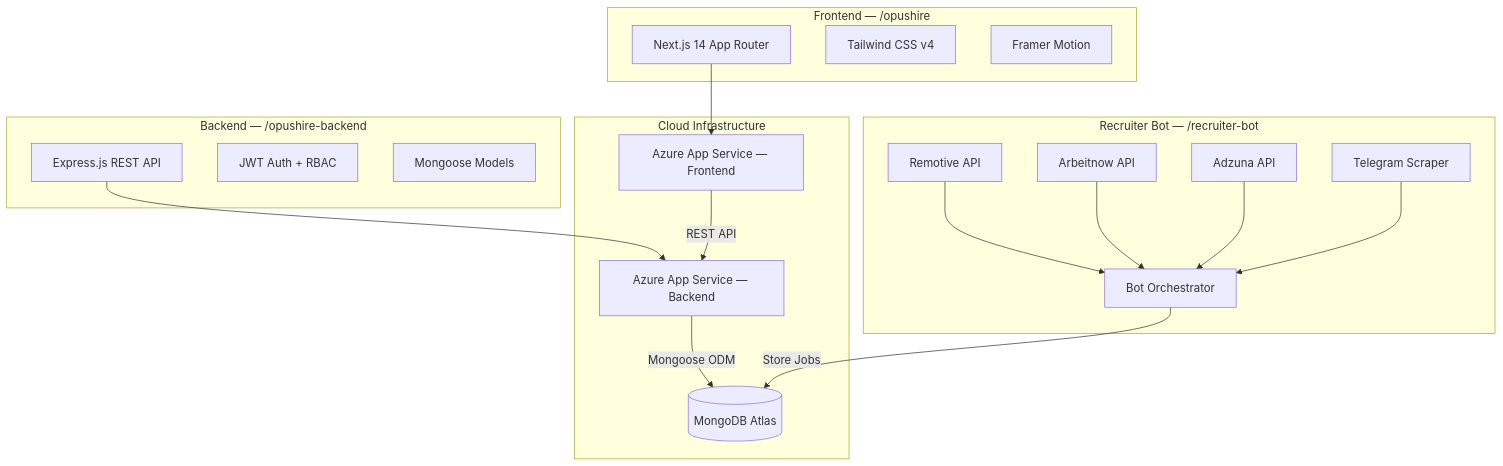
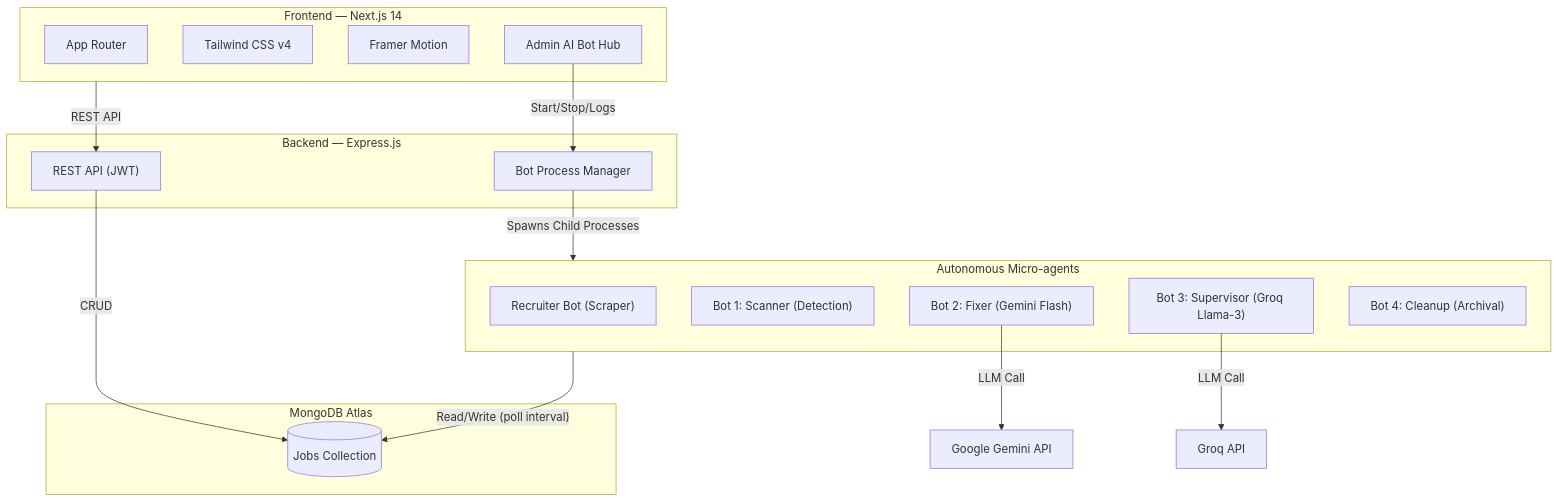
One commit to soumik2441139/hackathon changed the second of 2 diagrams in README.md. Above: the diagram before and after it, drawn with Mermaid. The commit also changed other lines of this file and 1 other file, not shown here.

First line of the commit message:
docs: update README and .gitignore with complete AI bot ecosystem architecture

````diff
--- a/README.md
+++ b/README.md
@@ -63,39 +70,35 @@
 ```mermaid
 graph TD
-    subgraph Frontend["Frontend — /opushire"]
-        NextJS["Next.js 14 App Router"]
+    subgraph Frontend["Frontend — Next.js 14"]
+        AppRouter["App Router"]
         TW["Tailwind CSS v4"]
         FM["Framer Motion"]
+        AdminDashboard["Admin AI Bot Hub"]
     end
 
-    subgraph Backend["Backend — /opushire-backend"]
-        Express["Express.js REST API"]
-        Auth["JWT Auth + RBAC"]
-        Models["Mongoose Models"]
+    subgraph Backend["Backend — Express.js"]
+        API["REST API (JWT)"]
+        BotSpawner["Bot Process Manager"]
     end
 
-    subgraph Bot["Recruiter Bot — /recruiter-bot"]
-        Remotive["Remotive API"]
-        Arbeitnow["Arbeitnow API"]
-        Adzuna["Adzuna API"]
-        Telegram["Telegram Scraper"]
-        BotService["Bot Orchestrator"]
+    subgraph Database["MongoDB Atlas"]
+        Jobs[(Jobs Collection)]
     end
 
-    subgraph Cloud["Cloud Infrastructure"]
-        AzureFE["Azure App Service — Frontend"]
-        AzureBE["Azure App Service — Backend"]
-        MongoDB[("MongoDB Atlas")]
+    subgraph AI_Ecosystem["Autonomous Micro-agents"]
+        Bot0["Recruiter Bot (Scraper)"]
+        Bot1["Bot 1: Scanner (Detection)"]
+        Bot2["Bot 2: Fixer (Gemini Flash)"]
+        Bot3["Bot 3: Supervisor (Groq Llama-3)"]
+        Bot4["Bot 4: Cleanup (Archival)"]
     end
 
-    NextJS --> AzureFE
-    Express --> AzureBE
-    AzureFE -->|"REST API"| AzureBE
-    AzureBE -->|"Mongoose ODM"| MongoDB
-
-    Remotive --> BotService
-    Arbeitnow --> BotService
-    Adzuna --> BotService
-    Telegram --> BotService
-    BotService -->|"Store Jobs"| MongoDB
+    Frontend -->|"REST API"| API
+    AdminDashboard -->|"Start/Stop/Logs"| BotSpawner
+    BotSpawner -->|"Spawns Child Processes"| AI_Ecosystem
+    API -->|"CRUD"| Jobs
+    AI_Ecosystem -->|"Read/Write (poll interval)"| Jobs
+    
+    Bot2 -->|"LLM Call"| Gemini["Google Gemini API"]
+    Bot3 -->|"LLM Call"| Groq["Groq API"]
 ```
````
